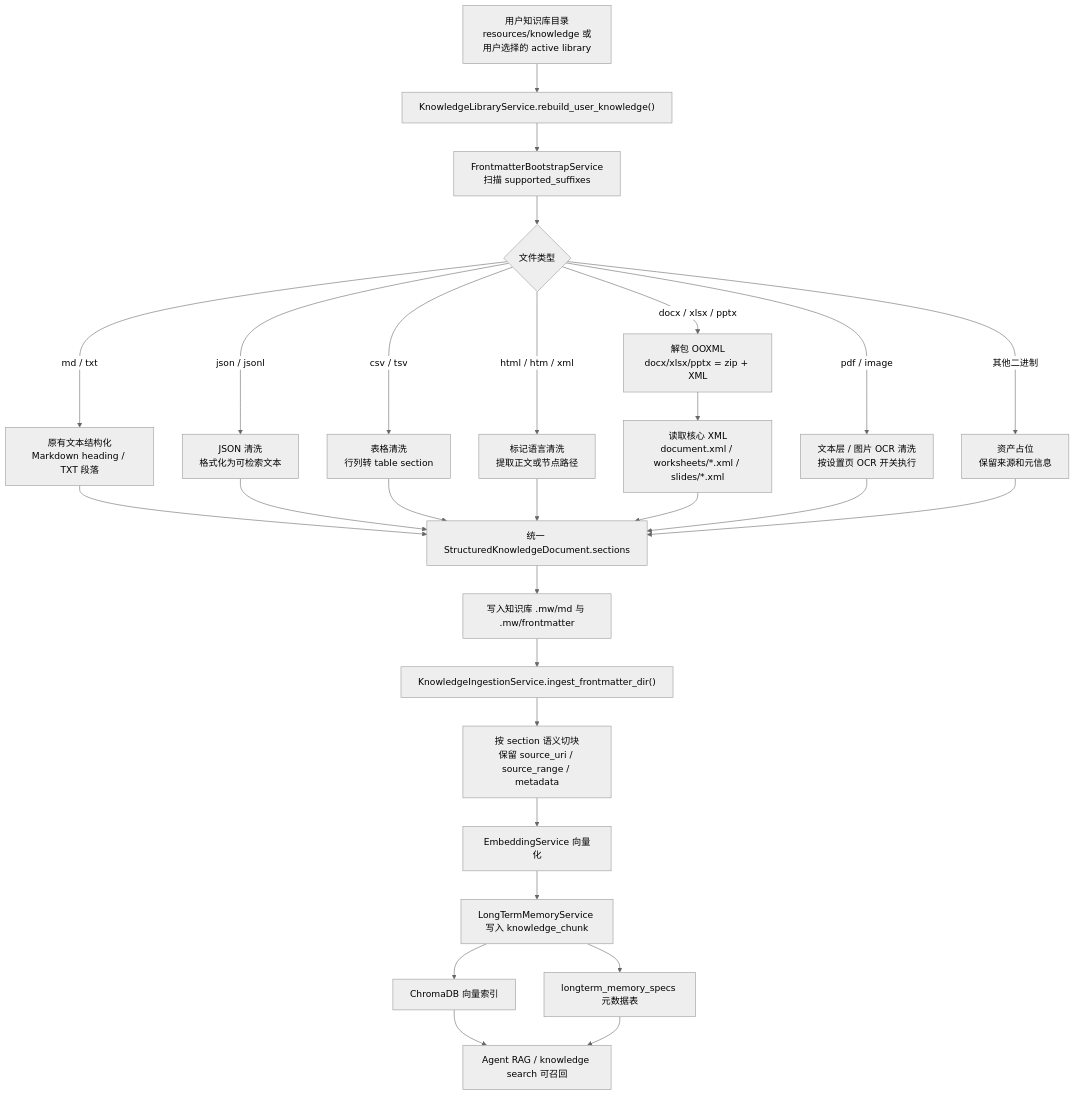
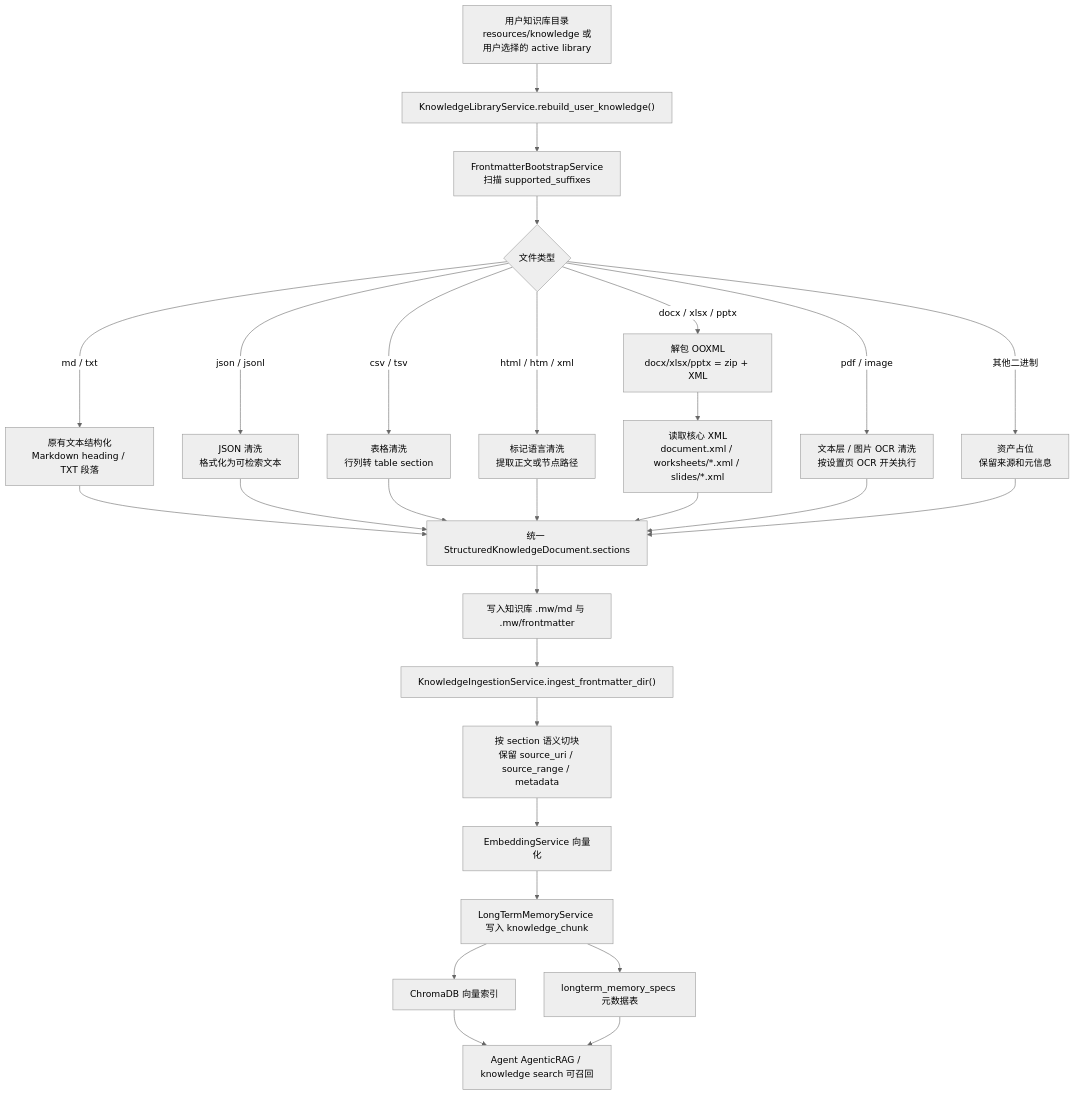
Before and after one commit to xiao-Huahuo/MetaWeave: diagram 20 of 25 in docs/WORKFLOW.md, drawn with Mermaid (neutral theme). The commit also changed other lines of this file and 24 other files, not shown here.

Commit message:
Agentic RAG

````diff
--- a/docs/WORKFLOW.md
+++ b/docs/WORKFLOW.md
@@ -482,34 +482,34 @@
 ```mermaid
 flowchart TD
     A["用户知识库目录<br/>resources/knowledge 或用户选择的 active library"] --> B["KnowledgeLibraryService.rebuild_user_knowledge()"]
     B --> C["FrontmatterBootstrapService<br/>扫描 supported_suffixes"]
 
     C --> D{"文件类型"}
     D -->|"md / txt"| E["原有文本结构化<br/>Markdown heading / TXT 段落"]
     D -->|"json / jsonl"| F["JSON 清洗<br/>格式化为可检索文本"]
     D -->|"csv / tsv"| G["表格清洗<br/>行列转 table section"]
     D -->|"html / htm / xml"| H["标记语言清洗<br/>提取正文或节点路径"]
     D -->|"docx / xlsx / pptx"| I0["解包 OOXML<br/>docx/xlsx/pptx = zip + XML"]
     I0 --> I["读取核心 XML<br/>document.xml / worksheets/*.xml / slides/*.xml"]
     D -->|"pdf / image"| J["文本层 / 图片 OCR 清洗<br/>按设置页 OCR 开关执行"]
     D -->|"其他二进制"| K["资产占位<br/>保留来源和元信息"]
 
     E --> L["统一 StructuredKnowledgeDocument.sections"]
     F --> L
     G --> L
     H --> L
     I --> L
     J --> L
     K --> L
 
     L --> M["写入知识库 .mw/md 与 .mw/frontmatter"]
     M --> N["KnowledgeIngestionService.ingest_frontmatter_dir()"]
     N --> O["按 section 语义切块<br/>保留 source_uri / source_range / metadata"]
     O --> P["EmbeddingService 向量化"]
     P --> Q["LongTermMemoryService 写入 knowledge_chunk"]
     Q --> R["ChromaDB 向量索引"]
     Q --> S["longterm_memory_specs 元数据表"]
 
-    R --> T["Agent RAG / knowledge search 可召回"]
+    R --> T["Agent AgenticRAG / knowledge search 可召回"]
     S --> T
 ```
````
